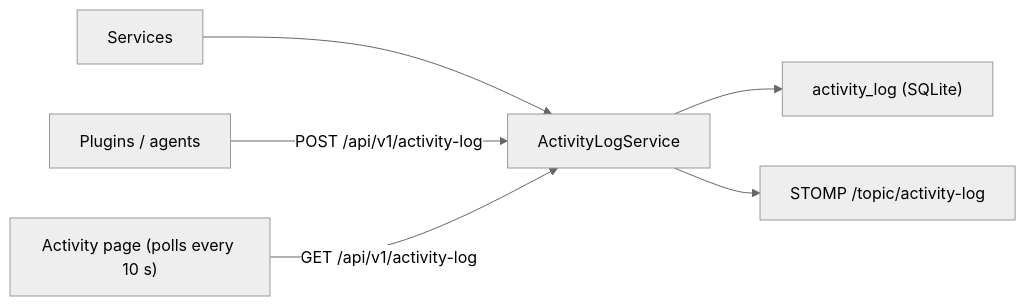
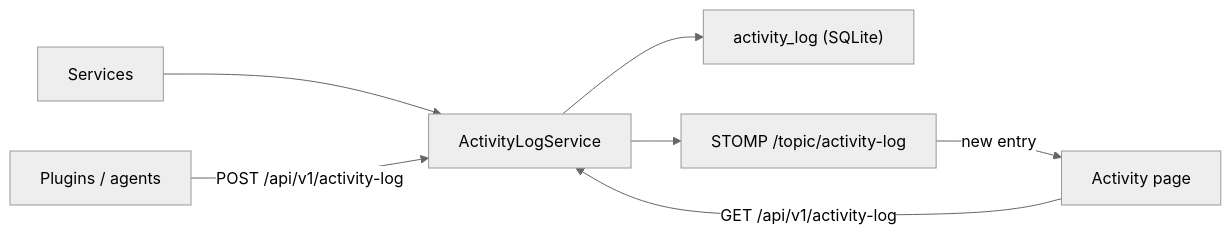
Before and after one commit to FLSEST/MySuricates: the second of 2 diagrams in docs/en/logging-monitoring-diagrams.md, drawn with Mermaid (neutral theme). The commit also changed other lines of this file and 7 other files, not shown here.

First line of the commit message:
feat(activity): Activity pages subscribe to /topic/activity-log instead of polling every 10 s

````diff
--- a/docs/en/logging-monitoring-diagrams.md
+++ b/docs/en/logging-monitoring-diagrams.md
@@ -28,8 +28,9 @@
 ```mermaid
 flowchart LR
     SVC["Services"] --> ALS["ActivityLogService"]
     PLG["Plugins / agents"] -->|"POST /api/v1/activity-log"| ALS
     ALS --> DB["activity_log (SQLite)"]
     ALS --> TOP["STOMP /topic/activity-log"]
-    UI["Activity page (polls every 10 s)"] -->|"GET /api/v1/activity-log"| ALS
+    TOP -->|"new entry"| UI["Activity page"]
+    UI -->|"GET /api/v1/activity-log"| ALS
 ```
````
